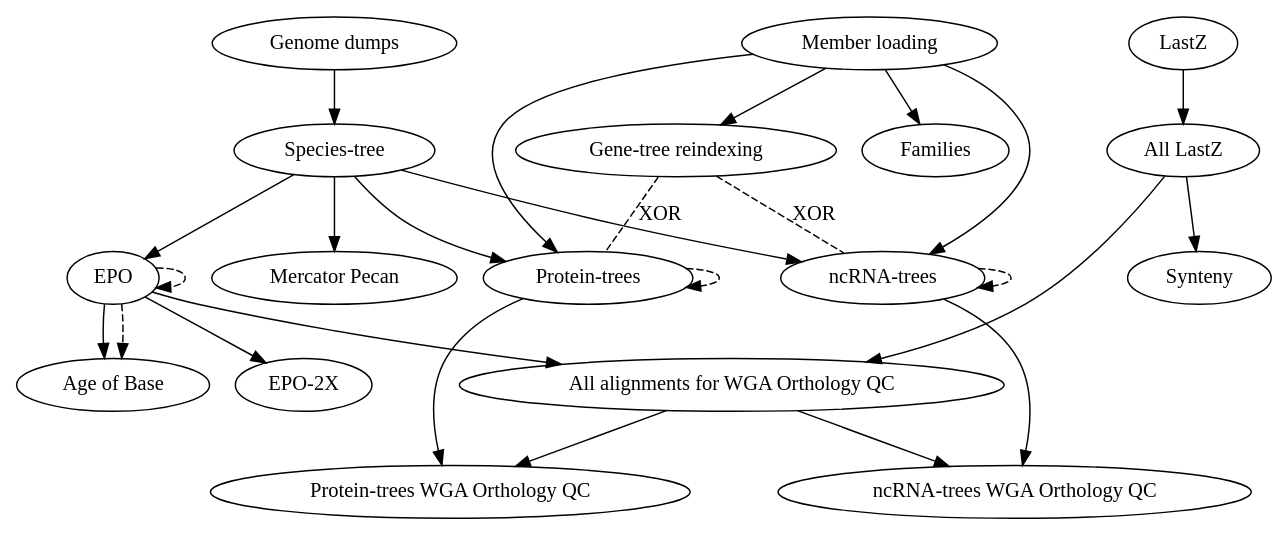
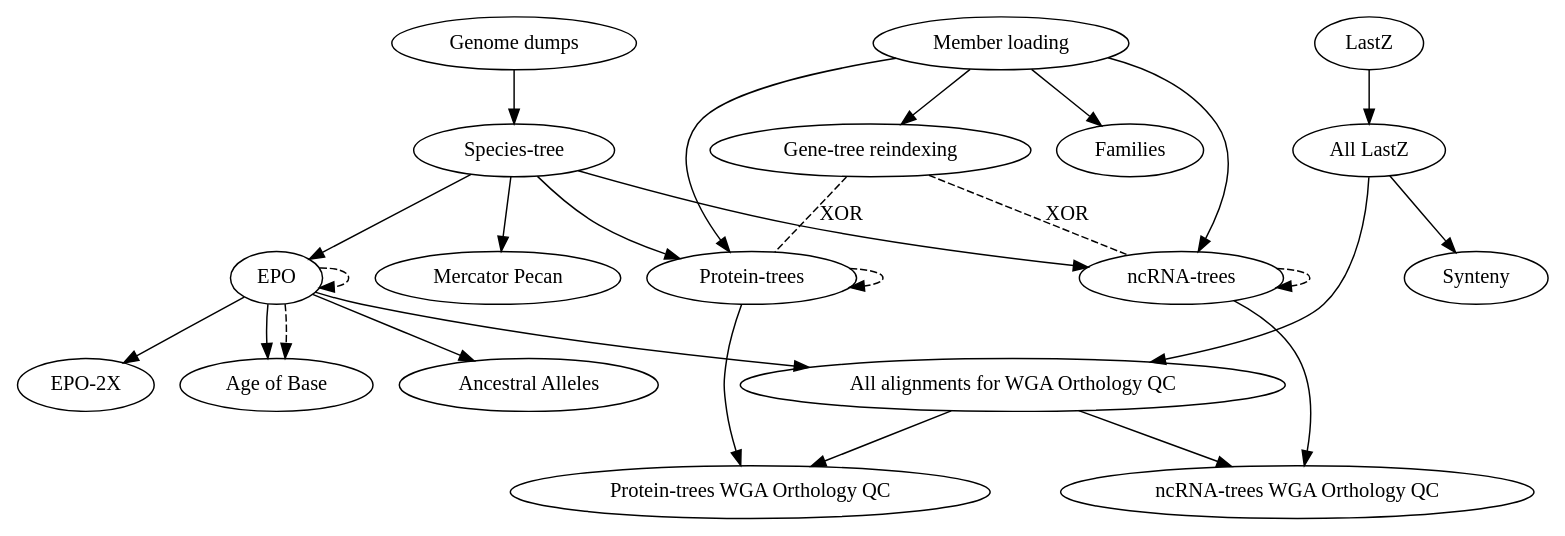
Before and after one commit to Ensembl/ensembl-compara: the diagram in scripts/jira_tickets/compara_merged.dot, drawn with Graphviz. The commit also changed 1 other file, not shown here.

Commit message:
Added the Ancestral Alleles to the graph

```diff
--- a/scripts/jira_tickets/compara_merged.dot
+++ b/scripts/jira_tickets/compara_merged.dot
@@ -1,21 +1,22 @@
 digraph {
     "Genome dumps" -> "Species-tree";
     "Species-tree" -> { "EPO", "Mercator Pecan", "Protein-trees", "ncRNA-trees" };
     "EPO" -> "EPO-2X";
     "EPO" -> "Age of Base";
+    "EPO" -> "Ancestral Alleles";
     "Member loading" -> { "Protein-trees", "ncRNA-trees", "Families", "Gene-tree reindexing" };
     "Protein-trees" -> "Protein-trees WGA Orthology QC";
     "ncRNA-trees" -> "ncRNA-trees WGA Orthology QC";
     {"All LastZ", "EPO"} -> "All alignments for WGA Orthology QC" -> {"Protein-trees WGA Orthology QC", "ncRNA-trees WGA Orthology QC"};
     "LastZ" -> "All LastZ" -> "Synteny";
 
     "Gene-tree reindexing" -> "ncRNA-trees" [style="dashed", dir=none, label="XOR", headport="murinae:w", tailport="murinae:s"];
     "Gene-tree reindexing" -> "Protein-trees" [style="dashed", dir=none, label="XOR", headport="murinae:e", tailport="murinae:s"];
     "EPO" -> "EPO" [style="dashed", headport="Primates:e", tailport="Mammals:e"];
     "EPO" -> "Age of Base" [style="dashed", headport="Vertebrates:w", tailport="Mammals:w"];
     "Protein-trees" -> "Protein-trees" [style="dashed", headport="Murinae:w", tailport="Default vertebrates:w"];
     "ncRNA-trees" -> "ncRNA-trees" [style="dashed", headport="Murinae:e", tailport="Default vertebrates:e"];
 
     // Helps laying out the graph
     {rank = same; "Genome dumps"; "LastZ"; "Member loading"; }
 }
```
